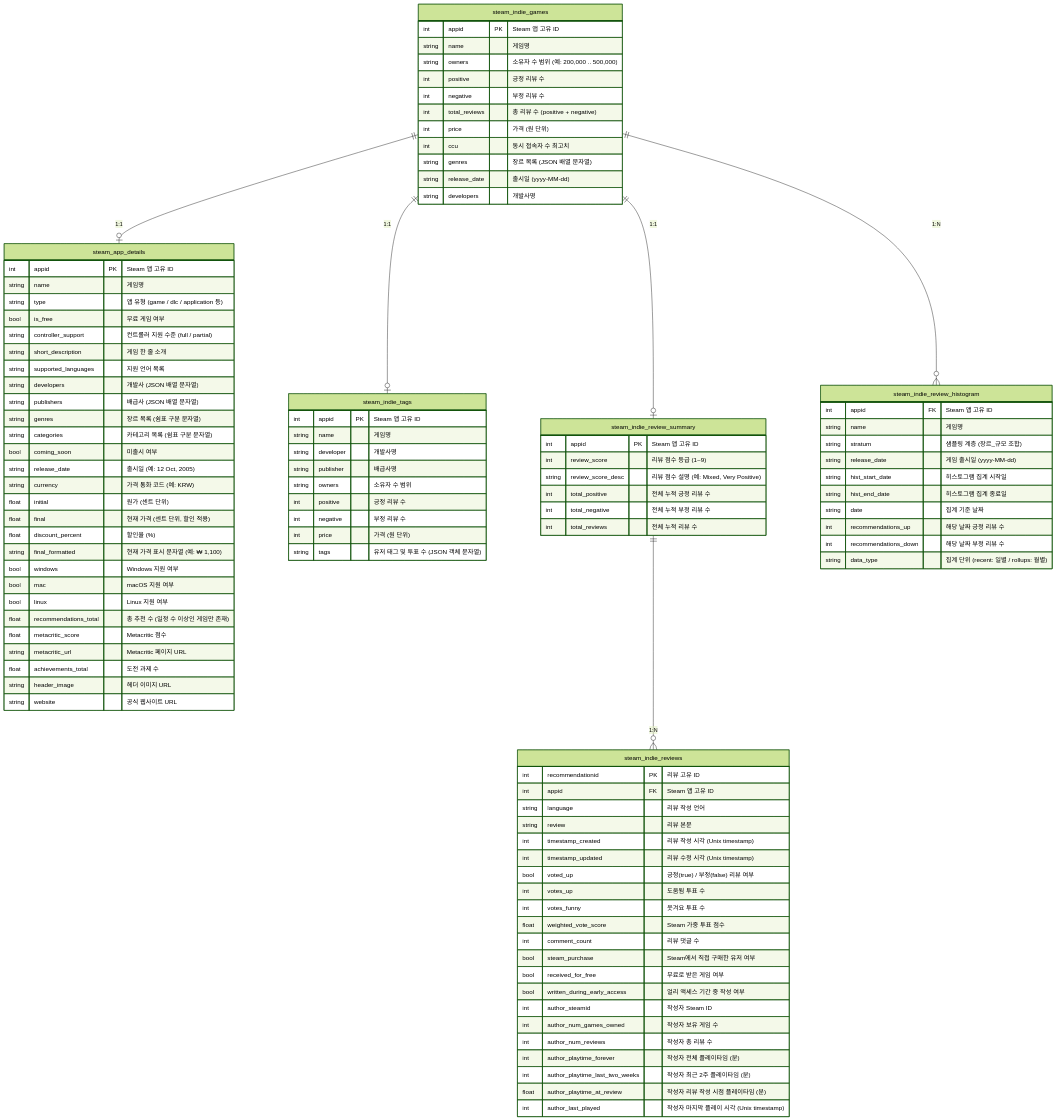
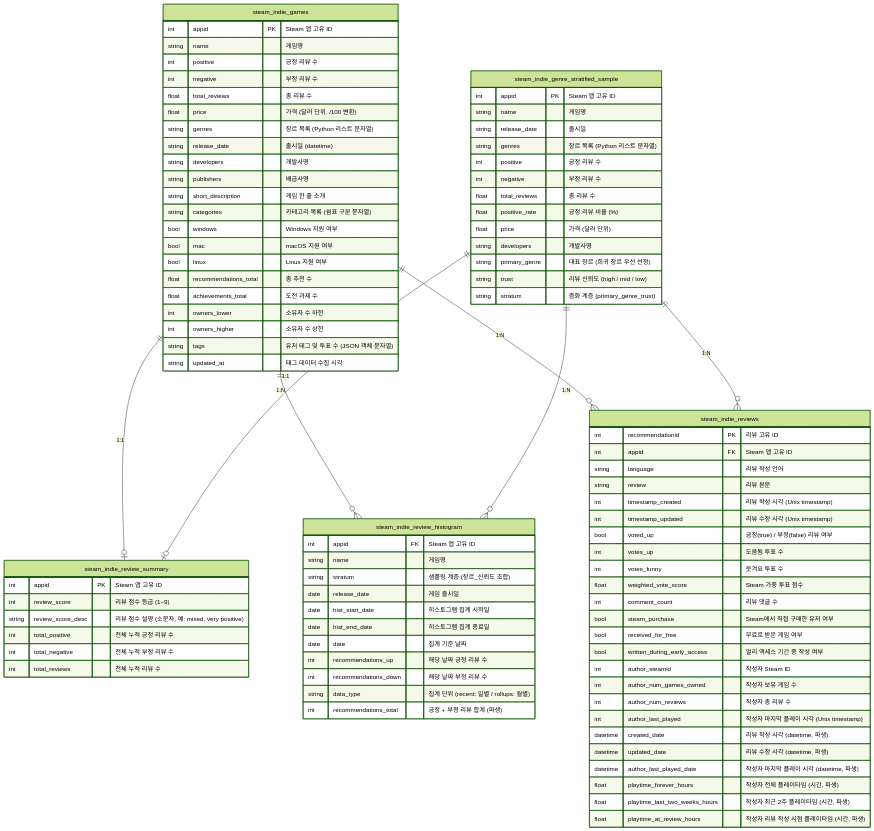
Before and after one commit to jinnyjinnyjinjin/steam-indie-game-analysis: the diagram in docs/erd.md, drawn with Mermaid (forest theme). The commit also changed 8 other files, not shown here.

````diff
--- a/docs/erd.md
+++ b/docs/erd.md
@@ -1,65 +1,49 @@
 ```mermaid
 erDiagram
     steam_indie_games {
-        int     appid               PK  "Steam 앱 고유 ID"
-        string  name                    "게임명"
-        string  owners                  "소유자 수 범위 (예: 200,000 .. 500,000)"
-        int     positive                "긍정 리뷰 수"
-        int     negative                "부정 리뷰 수"
-        int     total_reviews           "총 리뷰 수 (positive + negative)"
-        int     price                   "가격 (원 단위)"
-        int     ccu                     "동시 접속자 수 최고치"
-        string  genres                  "장르 목록 (JSON 배열 문자열)"
-        string  release_date            "출시일 (yyyy-MM-dd)"
-        string  developers              "개발사명"
-    }
-
-    steam_app_details {
         int     appid                   PK  "Steam 앱 고유 ID"
         string  name                        "게임명"
-        string  type                        "앱 유형 (game / dlc / application 등)"
-        bool    is_free                     "무료 게임 여부"
-        string  controller_support          "컨트롤러 지원 수준 (full / partial)"
+        int     positive                    "긍정 리뷰 수"
+        int     negative                    "부정 리뷰 수"
+        float   total_reviews               "총 리뷰 수"
+        float   price                       "가격 (달러 단위, /100 변환)"
+        string  genres                      "장르 목록 (Python 리스트 문자열)"
+        string  release_date                "출시일 (datetime)"
+        string  developers                  "개발사명"
+        string  publishers                  "배급사명"
         string  short_description           "게임 한 줄 소개"
-        string  supported_languages         "지원 언어 목록"
-        string  developers                  "개발사 (JSON 배열 문자열)"
-        string  publishers                  "배급사 (JSON 배열 문자열)"
-        string  genres                      "장르 목록 (쉼표 구분 문자열)"
         string  categories                  "카테고리 목록 (쉼표 구분 문자열)"
-        bool    coming_soon                 "미출시 여부"
-        string  release_date               "출시일 (예: 12 Oct, 2005)"
-        string  currency                    "가격 통화 코드 (예: KRW)"
-        float   initial                     "원가 (센트 단위)"
-        float   final                       "현재 가격 (센트 단위, 할인 적용)"
-        float   discount_percent            "할인율 (%)"
-        string  final_formatted             "현재 가격 표시 문자열 (예: ₩ 1,100)"
         bool    windows                     "Windows 지원 여부"
         bool    mac                         "macOS 지원 여부"
         bool    linux                       "Linux 지원 여부"
-        float   recommendations_total       "총 추천 수 (일정 수 이상인 게임만 존재)"
-        float   metacritic_score            "Metacritic 점수"
-        string  metacritic_url              "Metacritic 페이지 URL"
+        float   recommendations_total       "총 추천 수"
         float   achievements_total          "도전 과제 수"
-        string  header_image                "헤더 이미지 URL"
-        string  website                     "공식 웹사이트 URL"
+        int     owners_lower                "소유자 수 하한"
+        int     owners_higher               "소유자 수 상한"
+        string  tags                        "유저 태그 및 투표 수 (JSON 객체 문자열)"
+        string  updated_at                  "태그 데이터 수집 시각"
     }
 
-    steam_indie_tags {
-        int     appid               PK  "Steam 앱 고유 ID"
-        string  name                    "게임명"
-        string  developer               "개발사명"
-        string  publisher               "배급사명"
-        string  owners                  "소유자 수 범위"
-        int     positive                "긍정 리뷰 수"
-        int     negative                "부정 리뷰 수"
-        int     price                   "가격 (원 단위)"
-        string  tags                    "유저 태그 및 투표 수 (JSON 객체 문자열)"
+    steam_indie_genre_stratified_sample {
+        int     appid                   PK  "Steam 앱 고유 ID"
+        string  name                        "게임명"
+        string  release_date                "출시일"
+        string  genres                      "장르 목록 (Python 리스트 문자열)"
+        int     positive                    "긍정 리뷰 수"
+        int     negative                    "부정 리뷰 수"
+        float   total_reviews               "총 리뷰 수"
+        float   positive_rate               "긍정 리뷰 비율 (%)"
+        float   price                       "가격 (달러 단위)"
+        string  developers                  "개발사명"
+        string  primary_genre               "대표 장르 (희귀 장르 우선 선정)"
+        string  trust                       "리뷰 신뢰도 (high / mid / low)"
+        string  stratum                     "층화 계층 (primary_genre_trust)"
     }
 
     steam_indie_review_summary {
         int     appid               PK  "Steam 앱 고유 ID"
         int     review_score            "리뷰 점수 등급 (1~9)"
-        string  review_score_desc       "리뷰 점수 설명 (예: Mixed, Very Positive)"
+        string  review_score_desc       "리뷰 점수 설명 (소문자, 예: mixed, very positive)"
         int     total_positive          "전체 누적 긍정 리뷰 수"
         int     total_negative          "전체 누적 부정 리뷰 수"
         int     total_reviews           "전체 누적 리뷰 수"
@@ -68,43 +52,48 @@
     steam_indie_review_histogram {
         int     appid               FK  "Steam 앱 고유 ID"
         string  name                    "게임명"
-        string  stratum                 "샘플링 계층 (장르_규모 조합)"
-        string  release_date            "게임 출시일 (yyyy-MM-dd)"
-        string  hist_start_date         "히스토그램 집계 시작일"
-        string  hist_end_date           "히스토그램 집계 종료일"
-        string  date                    "집계 기준 날짜"
+        string  stratum                 "샘플링 계층 (장르_신뢰도 조합)"
+        date    release_date            "게임 출시일"
+        date    hist_start_date         "히스토그램 집계 시작일"
+        date    hist_end_date           "히스토그램 집계 종료일"
+        date    date                    "집계 기준 날짜"
         int     recommendations_up      "해당 날짜 긍정 리뷰 수"
         int     recommendations_down    "해당 날짜 부정 리뷰 수"
         string  data_type               "집계 단위 (recent: 일별 / rollups: 월별)"
+        int     recommendations_total   "긍정 + 부정 리뷰 합계 (파생)"
     }
 
     steam_indie_reviews {
-        int     recommendationid    PK  "리뷰 고유 ID"
-        int     appid               FK  "Steam 앱 고유 ID"
-        string  language                "리뷰 작성 언어"
-        string  review                  "리뷰 본문"
-        int     timestamp_created       "리뷰 작성 시각 (Unix timestamp)"
-        int     timestamp_updated       "리뷰 수정 시각 (Unix timestamp)"
-        bool    voted_up                "긍정(true) / 부정(false) 리뷰 여부"
-        int     votes_up                "도움됨 투표 수"
-        int     votes_funny             "웃겨요 투표 수"
-        float   weighted_vote_score     "Steam 가중 투표 점수"
-        int     comment_count           "리뷰 댓글 수"
-        bool    steam_purchase          "Steam에서 직접 구매한 유저 여부"
-        bool    received_for_free       "무료로 받은 게임 여부"
+        int     recommendationid        PK  "리뷰 고유 ID"
+        int     appid                   FK  "Steam 앱 고유 ID"
+        string  language                    "리뷰 작성 언어"
+        string  review                      "리뷰 본문"
+        int     timestamp_created           "리뷰 작성 시각 (Unix timestamp)"
+        int     timestamp_updated           "리뷰 수정 시각 (Unix timestamp)"
+        bool    voted_up                    "긍정(true) / 부정(false) 리뷰 여부"
+        int     votes_up                    "도움됨 투표 수"
+        int     votes_funny                 "웃겨요 투표 수"
+        float   weighted_vote_score         "Steam 가중 투표 점수"
+        int     comment_count               "리뷰 댓글 수"
+        bool    steam_purchase              "Steam에서 직접 구매한 유저 여부"
+        bool    received_for_free           "무료로 받은 게임 여부"
         bool    written_during_early_access "얼리 액세스 기간 중 작성 여부"
-        int     author_steamid          "작성자 Steam ID"
-        int     author_num_games_owned  "작성자 보유 게임 수"
-        int     author_num_reviews      "작성자 총 리뷰 수"
-        int     author_playtime_forever "작성자 전체 플레이타임 (분)"
-        int     author_playtime_last_two_weeks "작성자 최근 2주 플레이타임 (분)"
-        float   author_playtime_at_review "작성자 리뷰 작성 시점 플레이타임 (분)"
-        int     author_last_played      "작성자 마지막 플레이 시각 (Unix timestamp)"
+        int     author_steamid              "작성자 Steam ID"
+        int     author_num_games_owned      "작성자 보유 게임 수"
+        int     author_num_reviews          "작성자 총 리뷰 수"
+        int     author_last_played          "작성자 마지막 플레이 시각 (Unix timestamp)"
+        datetime created_date               "리뷰 작성 시각 (datetime, 파생)"
+        datetime updated_date               "리뷰 수정 시각 (datetime, 파생)"
+        datetime author_last_played_date    "작성자 마지막 플레이 시각 (datetime, 파생)"
+        float   playtime_forever_hours      "작성자 전체 플레이타임 (시간, 파생)"
+        float   playtime_last_two_weeks_hours "작성자 최근 2주 플레이타임 (시간, 파생)"
+        float   playtime_at_review_hours    "작성자 리뷰 작성 시점 플레이타임 (시간, 파생)"
     }
 
-    steam_indie_games       ||--o| steam_indie_review_summary   : "1:1"
-    steam_indie_games       ||--o{ steam_indie_review_histogram : "1:N"
-    steam_indie_games       ||--o| steam_indie_tags             : "1:1"
-    steam_indie_games       ||--o| steam_app_details            : "1:1"
-    steam_indie_review_summary ||--o{ steam_indie_reviews : "1:N"
+    steam_indie_games                  ||--o| steam_indie_review_summary      : "1:1"
+    steam_indie_games                  ||--o{ steam_indie_review_histogram    : "1:N"
+    steam_indie_games                  ||--o{ steam_indie_reviews             : "1:N"
+    steam_indie_genre_stratified_sample ||--o| steam_indie_review_summary    : "1:1"
+    steam_indie_genre_stratified_sample ||--o{ steam_indie_review_histogram  : "1:N"
+    steam_indie_genre_stratified_sample ||--o{ steam_indie_reviews           : "1:N"
 ```
````
